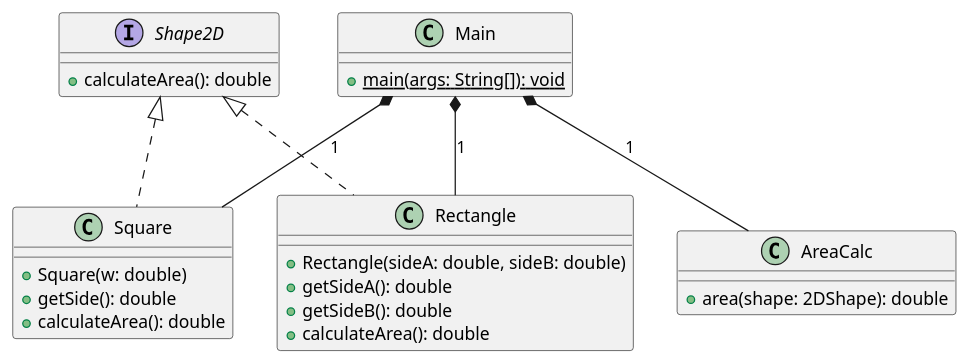
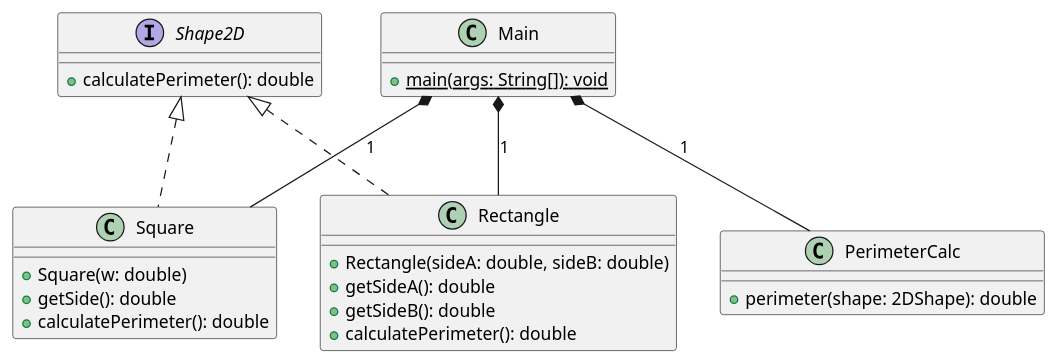
One commit to nicholasnikolov90/ENSF_607_Assignment4 changed the diagram in src/O_L_Principle/O_Principle.md. Above: the diagram before and after it, drawn with PlantUML. The commit also changed 25 other files, not shown here.

```diff
--- a/src/O_L_Principle/O_Principle.md
+++ b/src/O_L_Principle/O_Principle.md
@@ -1,42 +1,39 @@
 @startuml
 
 interface Shape2D{
-+calculateArea(): double
++calculatePerimeter(): double
 }
 
-class AreaCalc{
-+ area(shape: 2DShape): double
+class PerimeterCalc{
++ perimeter(shape: 2DShape): double
 }
 
 class Rectangle{
 
 + Rectangle(sideA: double, sideB: double)
 + getSideA(): double
 + getSideB(): double
-+ calculateArea(): double
-
-
++ calculatePerimeter(): double
 }
 
 
 class Square{
 
 + Square(w: double)
 + getSide(): double
-+ calculateArea(): double
++ calculatePerimeter(): double
 }
 
 class Main{
 +{static} main(args: String[]): void
 }
 
 
-
-Main *-- AreaCalc: 1
+Main *-- PerimeterCalc: 1
 Main *-- Square: 1
 Main *-- Rectangle: 1
 
 Class Square implements Shape2D
 Class Rectangle implements Shape2D
 
 @enduml
```
